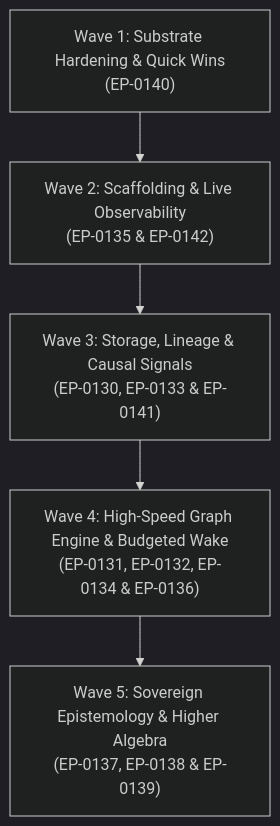
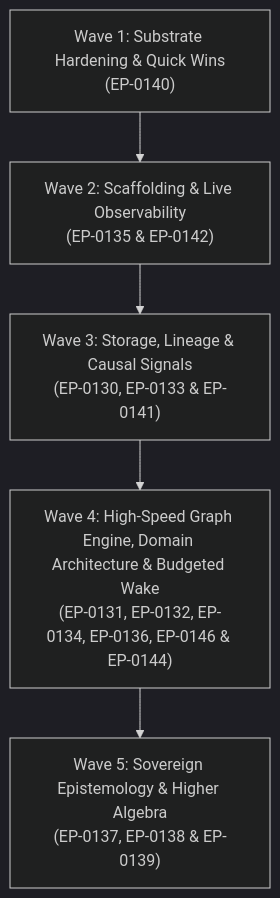
The diagram in references/explorations/EXP-0008-tactical-roadmap-execution-plan/tactical_layer_by_layer_execution_plan.md (erivlis/tur), drawn with Mermaid (dark theme) before and after one commit. The commit also changed other lines of this file and 1 other file, not shown here.

````diff
--- a/references/explorations/EXP-0008-tactical-roadmap-execution-plan/tactical_layer_by_layer_execution_plan.md
+++ b/references/explorations/EXP-0008-tactical-roadmap-execution-plan/tactical_layer_by_layer_execution_plan.md
@@ -16,13 +16,13 @@
 ```mermaid
 graph TD
     W1["Wave 1: Substrate Hardening & Quick Wins<br/>(EP-0140)"]
     W2["Wave 2: Scaffolding & Live Observability<br/>(EP-0135 & EP-0142)"]
     W3["Wave 3: Storage, Lineage & Causal Signals<br/>(EP-0130, EP-0133 & EP-0141)"]
-    W4["Wave 4: High-Speed Graph Engine & Budgeted Wake<br/>(EP-0131, EP-0132, EP-0134 & EP-0136)"]
+    W4["Wave 4: High-Speed Graph Engine, Domain Architecture & Budgeted Wake<br/>(EP-0131, EP-0132, EP-0134, EP-0136, EP-0146 & EP-0144)"]
     W5["Wave 5: Sovereign Epistemology & Higher Algebra<br/>(EP-0137, EP-0138 & EP-0139)"]
 
     W1 --> W2
     W2 --> W3
     W3 --> W4
     W4 --> W5
 ```
````
